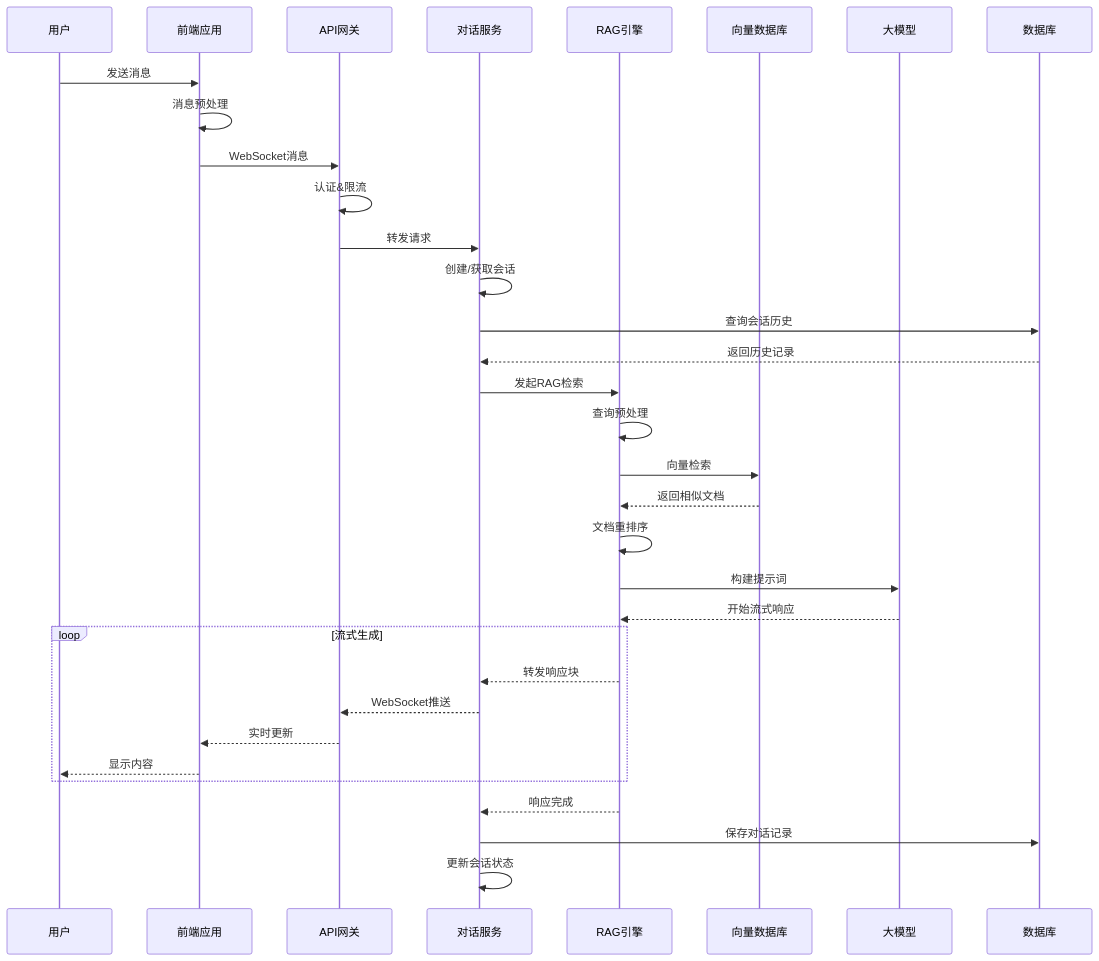
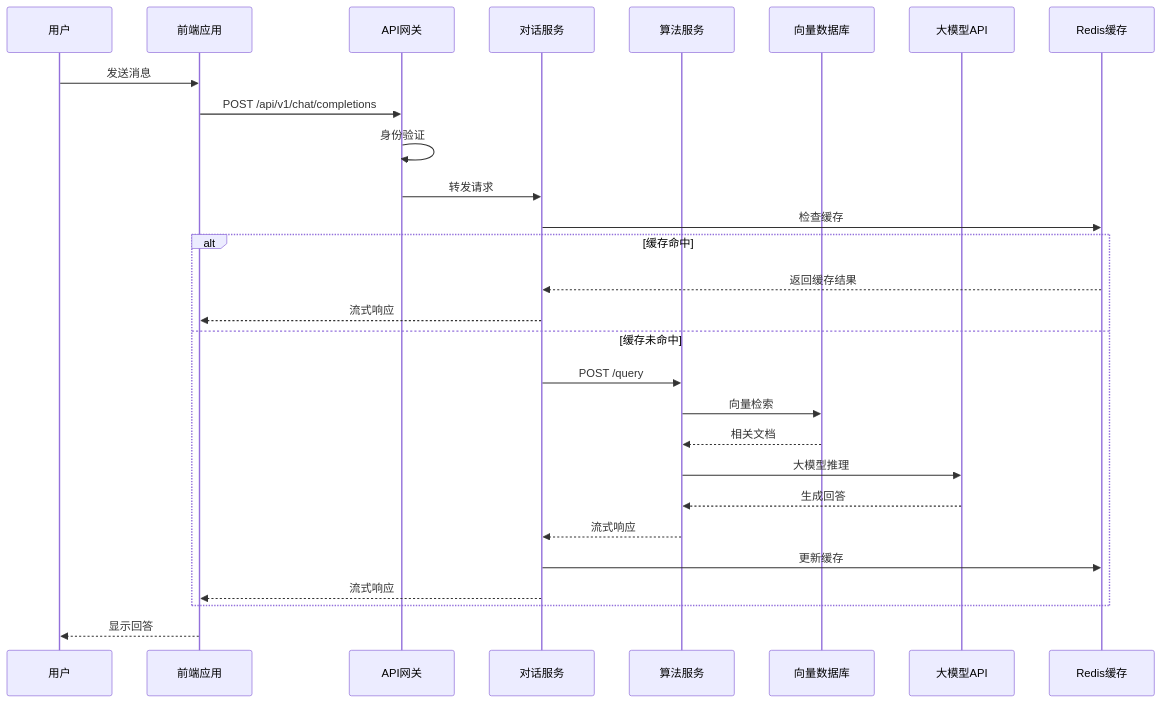
One commit to haoyunlt/voicehelper changed the fourth of 7 diagrams in docs/ARCHITECTURE_DEEP_DIVE.md. Above: the diagram before and after it, drawn with Mermaid. The commit also changed other lines of this file, not shown here.

````diff
--- a/docs/ARCHITECTURE_DEEP_DIVE.md
+++ b/docs/ARCHITECTURE_DEEP_DIVE.md
@@ -1265,41 +3868,31 @@
 ```mermaid
 sequenceDiagram
     participant U as 用户
     participant F as 前端应用
     participant G as API网关
     participant C as 对话服务
-    participant R as RAG引擎
+    participant A as 算法服务
     participant V as 向量数据库
-    participant L as 大模型
-    participant DB as 数据库
+    participant L as 大模型API
+    participant R as Redis缓存
 
     U->>F: 发送消息
-    F->>F: 消息预处理
-    F->>G: WebSocket消息
-    G->>G: 认证&限流
+    F->>G: POST /api/v1/chat/completions
+    G->>G: 身份验证
     G->>C: 转发请求
-    
-    C->>C: 创建/获取会话
-    C->>DB: 查询会话历史
-    DB-->>C: 返回历史记录
-    
-    C->>R: 发起RAG检索
-    R->>R: 查询预处理
-    R->>V: 向量检索
-    V-->>R: 返回相似文档
-    R->>R: 文档重排序
-    
-    R->>L: 构建提示词
-    L-->>R: 开始流式响应
-    
-    loop 流式生成
-        R-->>C: 转发响应块
-        C-->>G: WebSocket推送
-        G-->>F: 实时更新
-        F-->>U: 显示内容
+    C->>R: 检查缓存
+    alt 缓存命中
+        R-->>C: 返回缓存结果
+        C-->>F: 流式响应
+    else 缓存未命中
+        C->>A: POST /query
+        A->>V: 向量检索
+        V-->>A: 相关文档
+        A->>L: 大模型推理
+        L-->>A: 生成回答
+        A-->>C: 流式响应
+        C->>R: 更新缓存
+        C-->>F: 流式响应
     end
-    
-    R-->>C: 响应完成
-    C->>DB: 保存对话记录
-    C->>C: 更新会话状态
+    F-->>U: 显示回答
 ```
````
